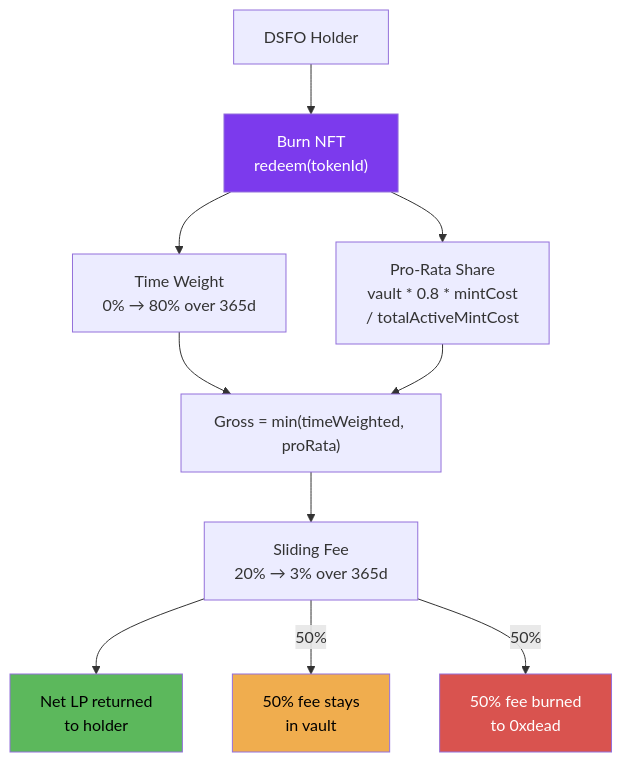
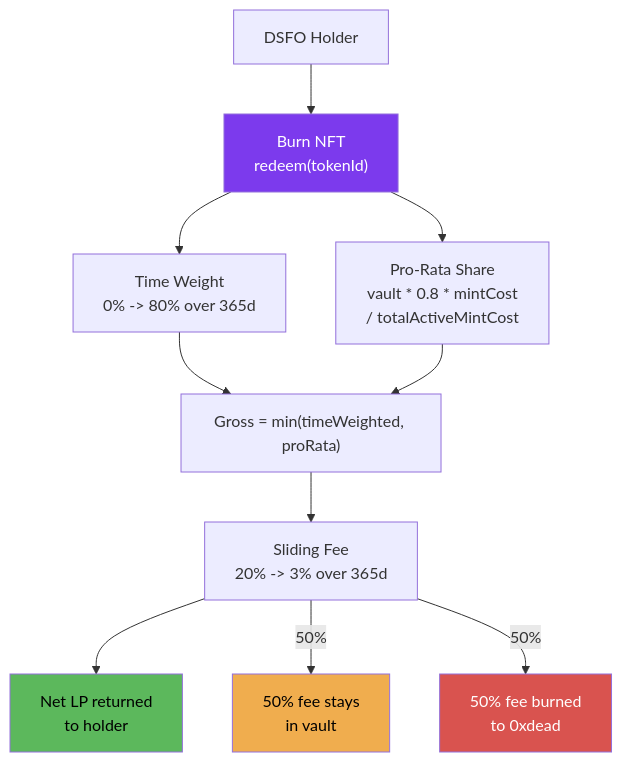
One commit to DonnyMarbles/DonnySwap changed the diagram in docs/tokenomics/redemption.mdx. Above: the diagram before and after it, drawn with Mermaid. The commit also changed other lines of this file and 12 other files, not shown here.

````diff
--- a/docs/tokenomics/redemption.mdx
+++ b/docs/tokenomics/redemption.mdx
@@ -12,27 +12,27 @@
 ```mermaid
 flowchart TD
     Holder["DSFO Holder"]
     Burn["Burn NFT<br/>redeem(tokenId)"]
-    TW["Time Weight<br/>0% → 80% over 365d"]
+    TW["Time Weight<br/>0% -> 80% over 365d"]
     PR["Pro-Rata Share<br/>vault * 0.8 * mintCost<br/>/ totalActiveMintCost"]
     Gross["Gross = min(timeWeighted, proRata)"]
-    Fee["Sliding Fee<br/>20% → 3% over 365d"]
+    Fee["Sliding Fee<br/>20% -> 3% over 365d"]
     Net["Net LP returned<br/>to holder"]
     FeeVault["50% fee stays<br/>in vault"]
     FeeBurn["50% fee burned<br/>to 0xdead"]
 
     Holder --> Burn
     Burn --> TW
     Burn --> PR
     TW --> Gross
     PR --> Gross
     Gross --> Fee
     Fee --> Net
     Fee -->|"50%"| FeeVault
     Fee -->|"50%"| FeeBurn
 
     style Burn fill:#7C3AED,color:#fff
     style Net fill:#5cb85c,color:#000
     style FeeBurn fill:#d9534f,color:#fff
     style FeeVault fill:#f0ad4e,color:#000
 ```
````
